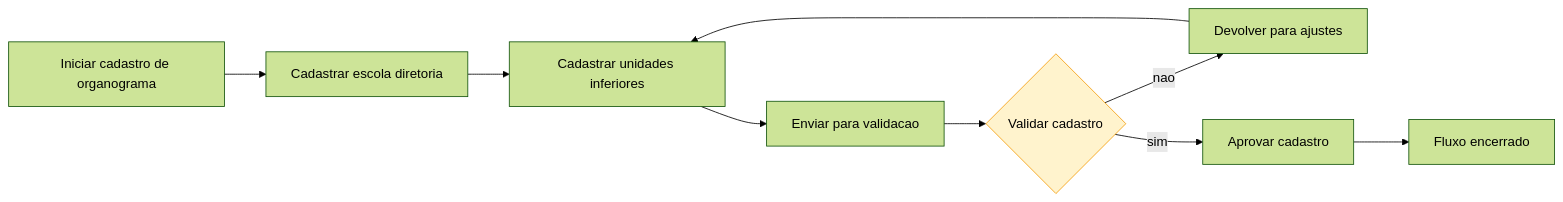
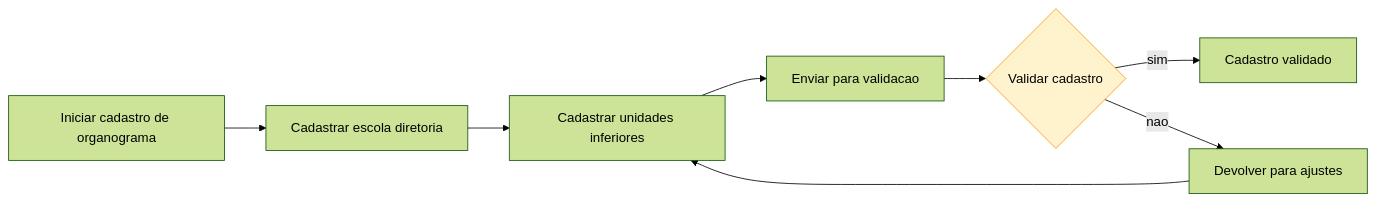
One commit to pedroregato/process2diagram changed the diagram in cenario-teste/Cadastro_de_Estrutura_e_Organograma_de_Escola.mmd. Above: the diagram before and after it, drawn with Mermaid (forest theme). The commit also changed 4 other files, not shown here.

```diff
--- a/cenario-teste/Cadastro_de_Estrutura_e_Organograma_de_Escola.mmd
+++ b/cenario-teste/Cadastro_de_Estrutura_e_Organograma_de_Escola.mmd
@@ -1,18 +1,16 @@
 flowchart LR
     S01["Iniciar cadastro de organograma"]
     S02["Cadastrar escola diretoria"]
     S03["Cadastrar unidades inferiores"]
     S04["Enviar para validacao"]
     S05{"Validar cadastro"}
-    S06["Devolver para ajustes"]
-    S07["Aprovar cadastro"]
-    S08["Fluxo encerrado"]
+    S06["Cadastro validado"]
+    S07["Devolver para ajustes"]
     S01 --> S02
     S02 --> S03
     S03 --> S04
     S04 --> S05
-    S05 -->|nao| S06
-    S05 -->|sim| S07
-    S06 --> S03
-    S07 --> S08
+    S05 -->|sim| S06
+    S05 -->|nao| S07
+    S07 --> S03
     style S05 fill:#fff3cd,stroke:#f59e0b
```
